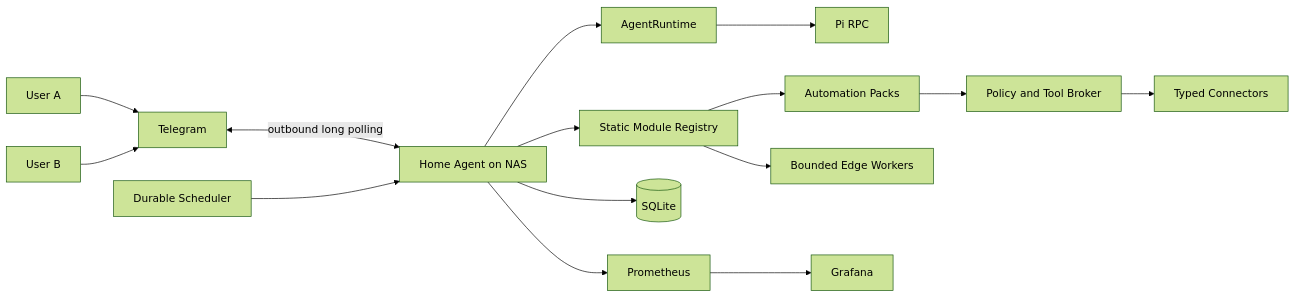
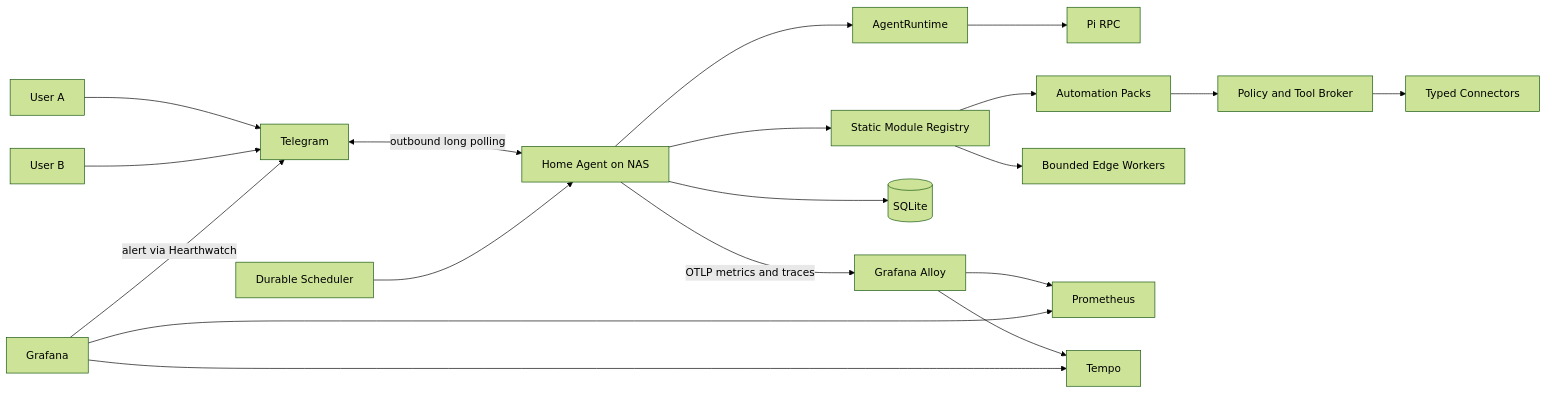
Before and after one commit to vladar107/home-ai-assistant: the diagram in README.md, drawn with Mermaid (forest theme). The commit also changed other lines of this file and 44 other files, not shown here.

````diff
--- a/README.md
+++ b/README.md
@@ -81,19 +144,23 @@
 ```mermaid
 flowchart LR
     U1[User A] --> TG[Telegram]
     U2[User B] --> TG
     TG <-->|outbound long polling| APP[Home Agent on NAS]
 
     APP --> RUNTIME[AgentRuntime]
     RUNTIME --> PI[Pi RPC]
     APP --> REG[Static Module Registry]
     REG --> PACKS[Automation Packs]
     PACKS --> POLICY[Policy and Tool Broker]
     POLICY --> CONNECTORS[Typed Connectors]
     REG --> EDGE[Bounded Edge Workers]
 
     SCHED[Durable Scheduler] --> APP
     APP --> SQLITE[(SQLite)]
-    APP --> METRICS[Prometheus]
-    METRICS --> GRAFANA[Grafana]
+    APP -->|OTLP metrics and traces| ALLOY[Grafana Alloy]
+    ALLOY --> PROM[Prometheus]
+    ALLOY --> TEMPO[Tempo]
+    GRAFANA[Grafana] --> PROM
+    GRAFANA --> TEMPO
+    GRAFANA -->|alert via Hearthwatch| TG
 ```
````
